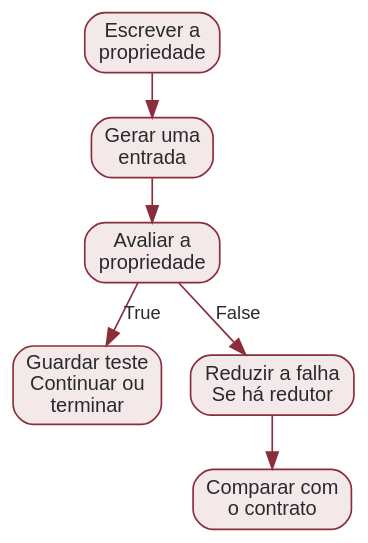
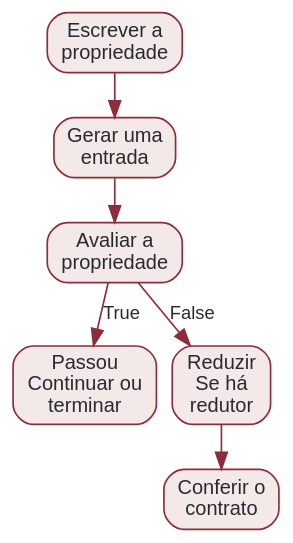
The diagram in src/content/pfl/quickcheck.dot (rodrgds/resumos), drawn with Graphviz before and after one commit. The commit also changed 1 other file, not shown here.

Commit message:
docs(pfl): mostrar os dois ramos dos diagramas a 320 px

```diff
--- a/src/content/pfl/quickcheck.dot
+++ b/src/content/pfl/quickcheck.dot
@@ -1,15 +1,15 @@
 digraph QuickCheck {
-  graph [bgcolor="transparent", rankdir=TB, ranksep=0.35];
+  graph [bgcolor="transparent", rankdir=TB, ranksep=0.35, nodesep=0.12];
   node [shape=box, style="rounded,filled", fillcolor="#f3e9e9", color="#8c2d3b", fontcolor="#292a30", fontname="Arial", fontsize=12];
   edge [color="#8c2d3b", fontcolor="#292a30", fontname="Arial", fontsize=11];
   contrato [label="Escrever a\npropriedade"];
   gerar [label="Gerar uma\nentrada"];
   testar [label="Avaliar a\npropriedade"];
-  passou [label="Guardar teste\nContinuar ou\nterminar"];
-  falhou [label="Reduzir a falha\nSe há redutor"];
-  comparar [label="Comparar com\no contrato"];
+  passou [label="Passou\nContinuar ou\nterminar"];
+  falhou [label="Reduzir\nSe há\nredutor"];
+  comparar [label="Conferir o\ncontrato"];
   contrato -> gerar -> testar;
   testar -> passou [label="True"];
   testar -> falhou [label="False"];
   falhou -> comparar;
 }
```
